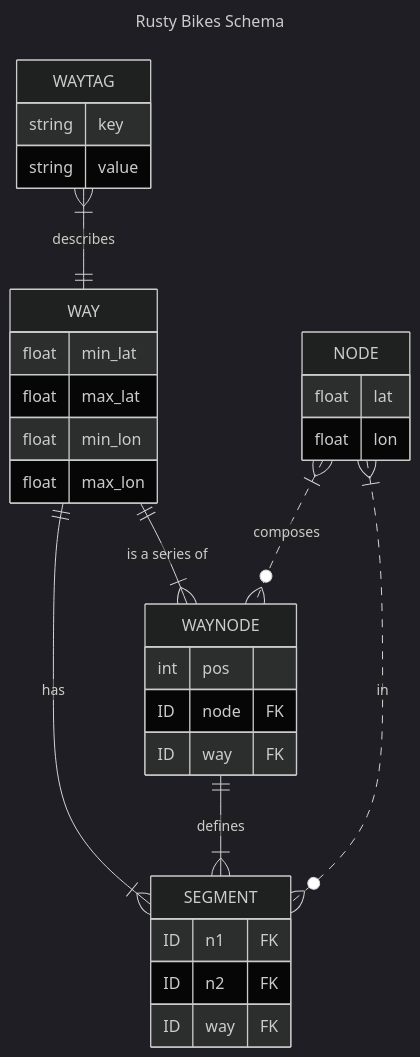
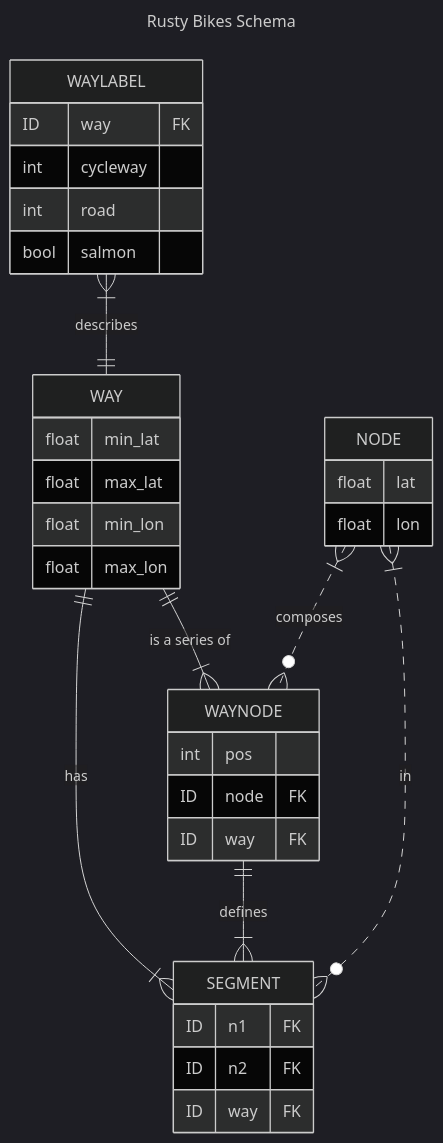
One commit to binhrobles/rusty-bikes changed the diagram in services/README.md. Above: the diagram before and after it, drawn with Mermaid (dark theme). The commit also changed 1 other file, not shown here.

Commit message:
WayTags->WayLabels

````diff
--- a/services/README.md
+++ b/services/README.md
@@ -220,39 +220,41 @@
 ```mermaid
 ---
 title: Rusty Bikes Schema
 ---
 erDiagram
     WAY {
         float min_lat
         float max_lat
         float min_lon
         float max_lon
     }
     NODE {
         float lat
         float lon
     }
     WAYNODE {
         int pos
         ID node FK
         ID way FK
     }
     SEGMENT {
         ID n1 FK
         ID n2 FK
         ID way FK
     }
-    WAYTAG {
-        string key
-        string value
+    WAYLABEL {
+        ID  way FK
+        int cycleway
+        int road
+        bool salmon
     }
 
-    WAYTAG }|--|| WAY : describes
+    WAYLABEL }|--|| WAY : describes
 
     WAY ||--|{ WAYNODE : "is a series of"
     NODE }|..o{ WAYNODE : composes
 
     WAY ||--|{ SEGMENT : has
     WAYNODE ||--|{ SEGMENT : defines
     NODE }|..o{ SEGMENT : in
 ```
````
